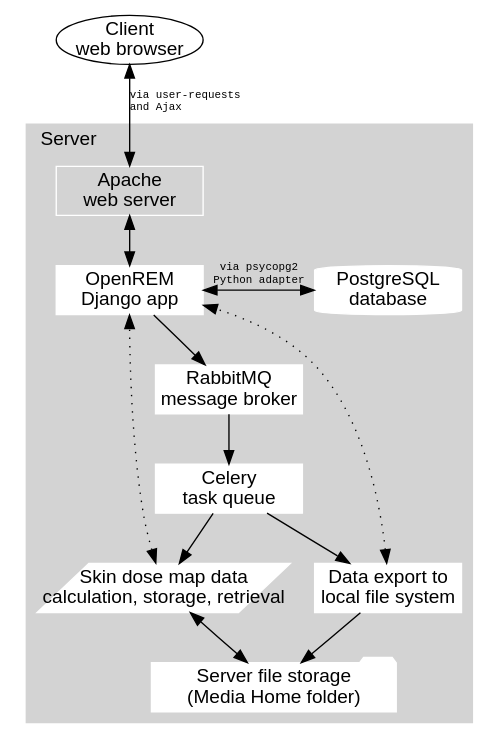
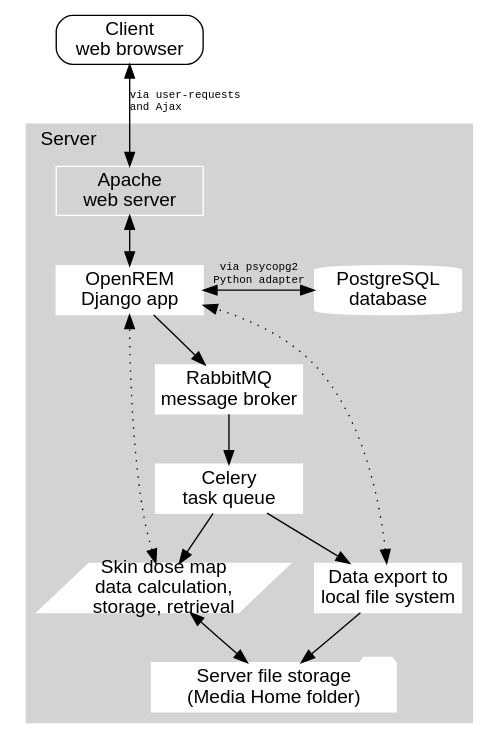
The first of 2 diagrams in docs/testgraphviz.rst (ckswilliams/modOpenREM), drawn with Graphviz before and after one commit.

Commit message:
Trying to sort out size issue and some shapes. References issue #448

```diff
--- a/docs/testgraphviz.rst
+++ b/docs/testgraphviz.rst
@@ -7,46 +7,46 @@
 .. graphviz::
 
    digraph {
       node [fixedsize=true width=1.5];
 
       // Define the things on the server
       subgraph cluster_server {
          label="Server";
          tooltip="The server";
          labeljust=l;
          fontname="Helvetica";
          style=filled;
          color=lightgrey;
          node [style=filled color=white];
 
          // Define the nodes
-         webserver [label="Apache\nweb server" fontname="Helvetica" tooltip="Serve web pages to the user" shape="box" style="rounded filled" color="white"];
+         webserver [label="Apache\nweb server" fontname="Helvetica" tooltip="Serve web pages to the user" shape="box" style="rounded filled" color=white];
          python_django [label="OpenREM\nDjango app" fontname="Helvetica" tooltip="Python web framework" shape="box"];
          database [label="PostgreSQL\ndatabase" fontname="Helvetica" tooltip="Relational database management system" shape="cylinder"];
          rabbitmq [label="RabbitMQ\nmessage broker" fontname="Helvetica" tooltip="Message broker" shape="box"];
          celery [label="Celery\ntask queue" fontname="Helvetica" tooltip="Asynchronous task queue" shape="polygon sides=6"];
-         skin_dose_map_data [label="Skin dose map data\ncalculation, storage, retrieval" fontname="Helvetica" tooltip="Calculate, store and retrieve skin dose map data" shape="parallelogram" width="2.5"];
+         skin_dose_map_data [label="Skin dose map\ndata calculation,\nstorage, retrieval" fontname="Helvetica" tooltip="Calculate, store and retrieve skin dose map data" shape="parallelogram" width="2.5"];
          server_media_folder [label="Server file storage\n(Media Home folder)" fontname="Helvetica" tooltip="File storage on the server" shape="folder" width="2.5"];
          data_export [label="Data export to\nlocal file system" fontname="Helvetica" tooltip="Files are made available to the user via a web page URL" shape="box"];
 
          // Define the links between the nodes
          webserver -> python_django [dir=both];
          python_django -> database [dir=both label="via psycopg2\nPython adapter" fontsize=8 fontname="Courier"];
          python_django -> rabbitmq;
          rabbitmq -> celery;
          celery -> skin_dose_map_data;
          celery -> data_export;
          skin_dose_map_data -> server_media_folder [dir=both];
          skin_dose_map_data -> python_django [style=dotted dir=both];
          data_export -> server_media_folder;
          data_export -> python_django [style=dotted dir=both];
 
          // Force python_django and the database to be on the same level
          {rank=same; python_django database}
          {rank=same; skin_dose_map_data data_export}
       }
 
       // Define the web browser
-      web_browser [label="Client\nweb browser" fontname="Helvetica" tooltip="The user's web browser"];
+      web_browser [label="Client\nweb browser" fontname="Helvetica" tooltip="The user's web browser" shape="box" style=rounded];
       web_browser -> webserver [dir=both label="via user-requests\land Ajax\l" fontsize=8 fontname="Courier" tooltip="Ajax used to retrieve chart data"];
    }
```
